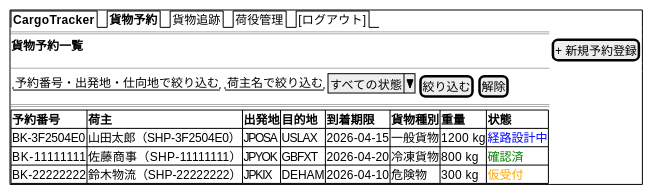
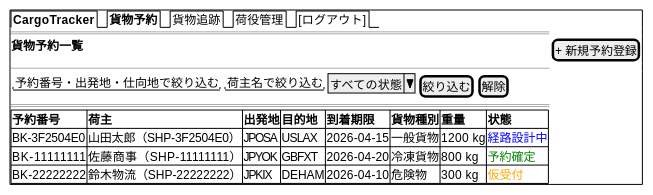
The eighth of 24 diagrams in docs/design/ui_design.md (k2works/case-study-cargo-tracker), drawn with PlantUML before and after one commit. The commit also changed other lines of this file and 16 other files, not shown here.

````diff
--- a/docs/design/ui_design.md
+++ b/docs/design/ui_design.md
@@ -645,20 +645,20 @@
 ```plantuml
 @startsalt
 {+
   {/ <b>CargoTracker</b> | <b>貨物予約</b> | 貨物追跡 | 荷役管理 | [ログアウト] }
   ==
   <b>貨物予約一覧</b> | [+ 新規予約登録]
   --
   {
     "予約番号・出発地・仕向地で絞り込む" | "荷主名で絞り込む" | ^すべての状態^ | [絞り込む] | [解除]
   }
   ==
   {#
     **予約番号** | **荷主** | **出発地** | **目的地** | **到着期限** | **貨物種別** | **重量** | **状態**
     BK-3F2504E0  | 山田太郎（SHP-3F2504E0） | JPOSA | USLAX | 2026-04-15 | 一般貨物 | 1200 kg | <color:blue>経路設計中</color>
-    BK-11111111  | 佐藤商事（SHP-11111111） | JPYOK | GBFXT | 2026-04-20 | 冷凍貨物 | 800 kg | <color:green>確認済</color>
+    BK-11111111  | 佐藤商事（SHP-11111111） | JPYOK | GBFXT | 2026-04-20 | 冷凍貨物 | 800 kg | <color:green>予約確定</color>
     BK-22222222  | 鈴木物流（SHP-22222222） | JPKIX | DEHAM | 2026-04-10 | 危険物 | 300 kg | <color:orange>仮受付</color>
   }
 }
 @endsalt
 ```
````
